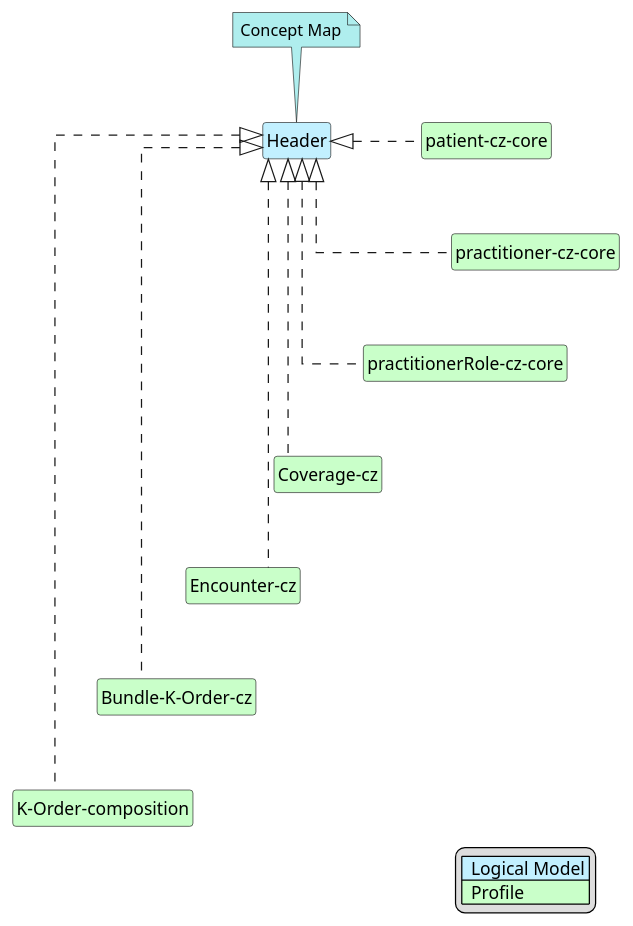
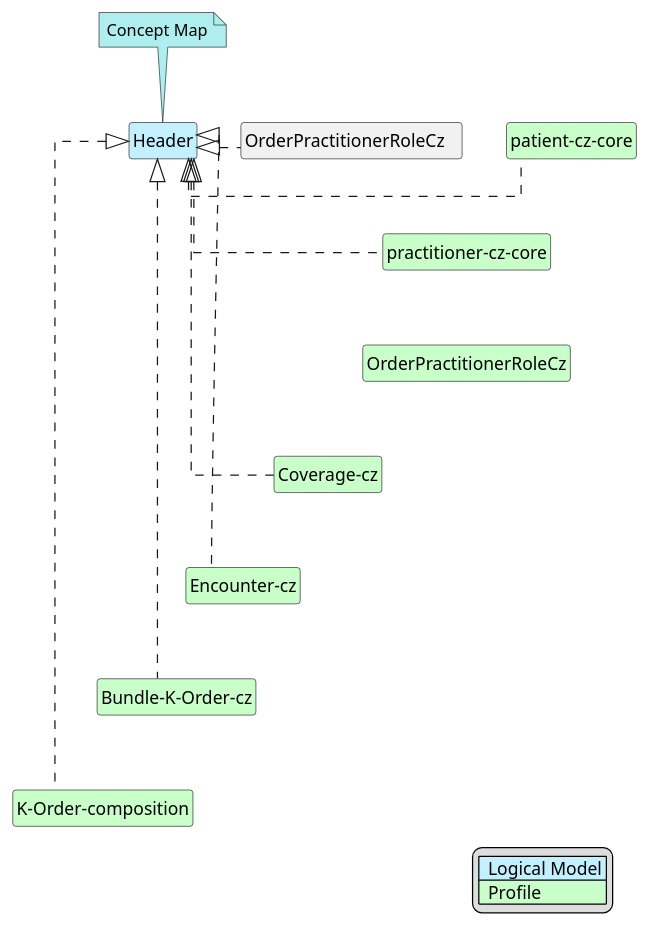
Before and after one commit to HL7-cz/k-order: the diagram in input/images-source/Header-map.plantuml, drawn with PlantUML. The commit also changed 4 other files, not shown here.

```diff
--- a/input/images-source/Header-map.plantuml
+++ b/input/images-source/Header-map.plantuml
@@ -1,45 +1,45 @@
 @startuml 
 hide circle
 hide stereotype
 hide members
 hide methods
 skinparam linetype ortho
 skinparam class {
 BackgroundColor<<LogicalModel>> #APPLICATION
 BackgroundColor<<Profile>> #TECHNOLOGY
 }
 legend right
 | <#APPLICATION>  Logical Model |
 | <#TECHNOLOGY>  Profile |
 endlegend
 class "Header" <<LogicalModel>> [[StructureDefinition-LogCzHeaderKOrderCz.html]]
 note top #PaleTurquoise [[ConceptMap-KOrderHeader2FHIRcz-cz.html]]
 Concept Map
 endnote
 class "patient-cz-core" <<Profile>> [[https://hl7.cz/fhir/core/StructureDefinition/cz-patient-core.html]]
 "Header" <|. "patient-cz-core"
 
 class "practitioner-cz-core" <<Profile>> [[https://hl7.cz/fhir/core/StructureDefinition/cz-practitioner-core.html]]
 "Header" <|. "practitioner-cz-core"
 "patient-cz-core" -d[hidden]-> "practitioner-cz-core"
 
-class "practitionerRole-cz-core" <<Profile>> [[https://hl7.cz/fhir/core/StructureDefinition/cz-practitionerrole-core.html]]
-"Header" <|. "practitionerRole-cz-core"
-"practitioner-cz-core" -d[hidden]-> "practitionerRole-cz-core"
+class "OrderPractitionerRoleCz" <<Profile>> [[StructureDefinition-OrderPractitionerRoleCz.html]]
+"Header" <|. "OrderPractitionerRoleCz   "
+"practitioner-cz-core" -d[hidden]-> "OrderPractitionerRoleCz"
 
 class "Coverage-cz" <<Profile>> [[https://build.fhir.org/ig/HL7-cz/cz-core/StructureDefinition-cz-coverage.html]]
 "Header" <|. "Coverage-cz"
-"practitionerRole-cz-core" -d[hidden]-> "Coverage-cz"
+"OrderPractitionerRoleCz" -d[hidden]-> "Coverage-cz"
 
 class "Encounter-cz" <<Profile>> [[https://build.fhir.org/ig/HL7-cz/cz-core/StructureDefinition-cz-encounter.html]]
 "Header" <|. "Encounter-cz"
 "Coverage-cz" -d[hidden]-> "Encounter-cz"
 
 class "Bundle-K-Order-cz" <<Profile>> [[StructureDefinition-BundleKOrderCz.html]]
 "Header" <|. "Bundle-K-Order-cz"
 "Encounter-cz" -d[hidden]-> "Bundle-K-Order-cz" 
 
 class "K-Order-composition" <<Profile>> [[StructureDefinition-KOrderCompositionCz.html]]
 "Header" <|. "K-Order-composition"
 "Bundle-K-Order-cz" -d[hidden]-> "K-Order-composition" 
 @enduml
```
